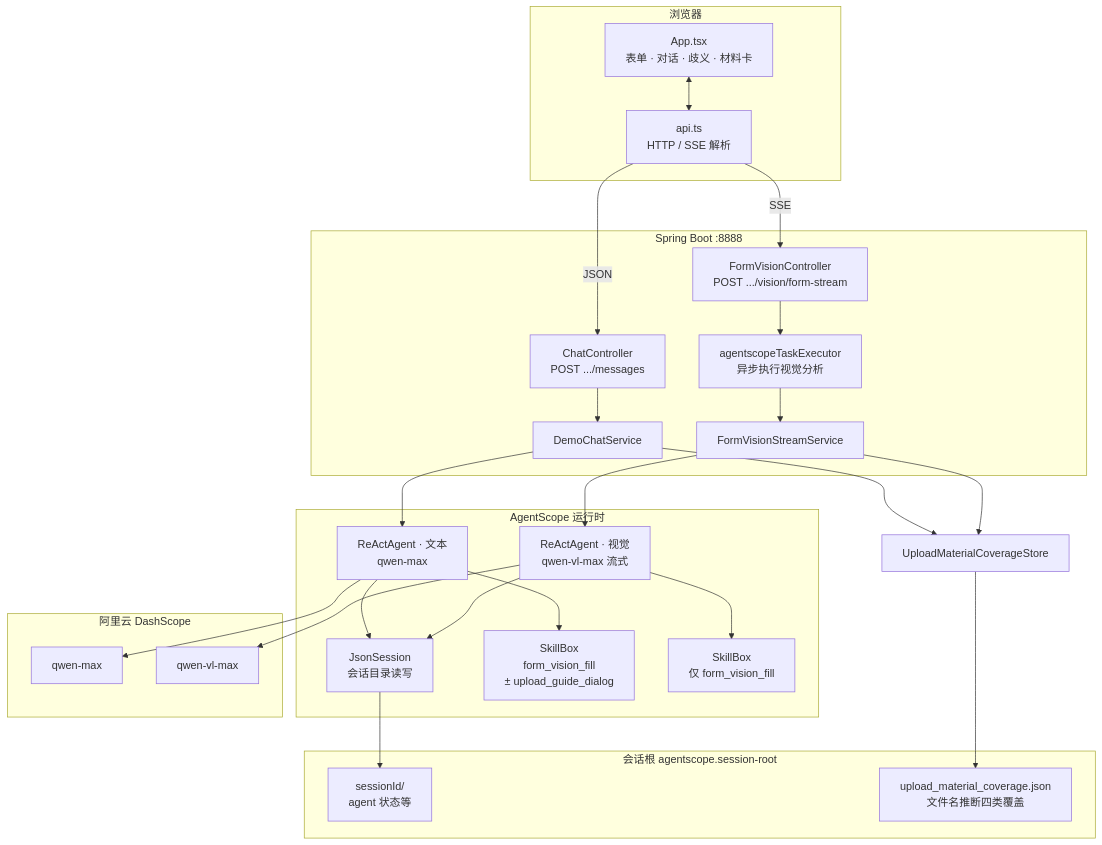
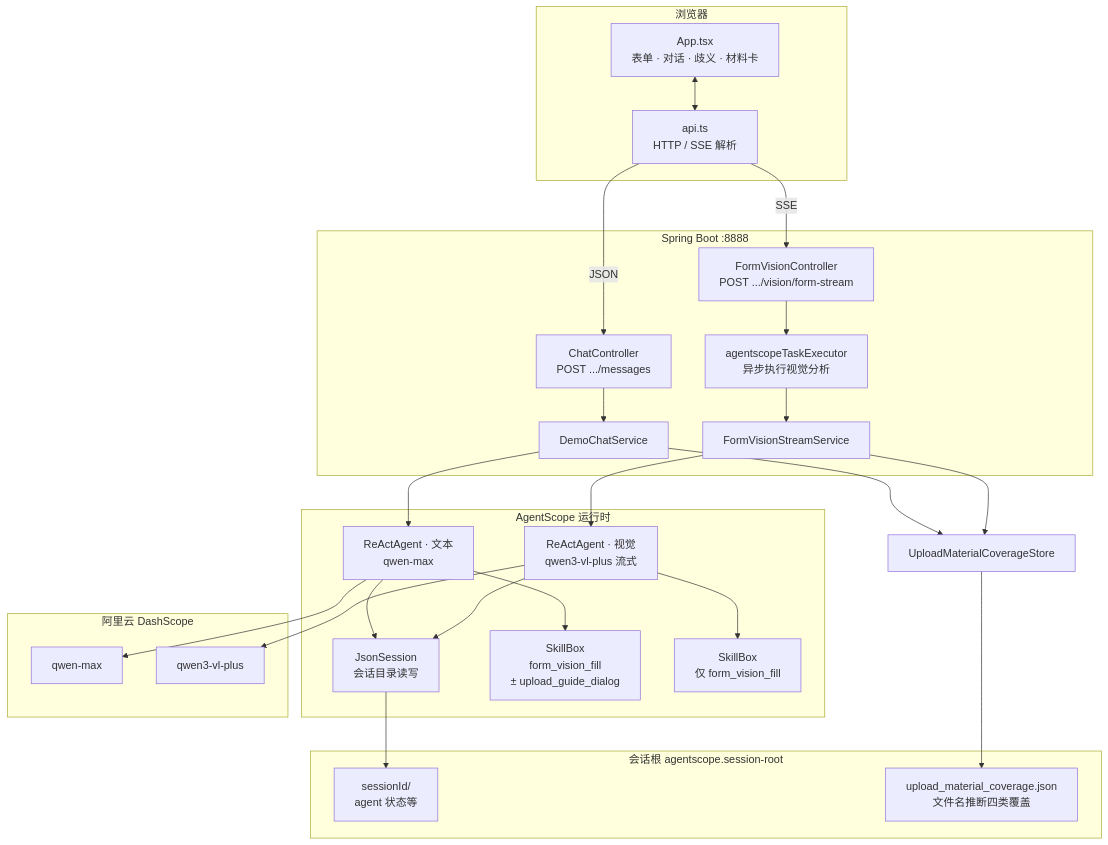
Before and after one commit to qjli/mutilmodel: the first of 5 diagrams in README.md, drawn with Mermaid. The commit also changed other lines of this file, not shown here.

````diff
--- a/README.md
+++ b/README.md
@@ -46,50 +47,50 @@
 ```mermaid
 flowchart TB
   subgraph Browser["浏览器"]
     UI["App.tsx\n表单 · 对话 · 歧义 · 材料卡"]
     FEAPI["api.ts\nHTTP / SSE 解析"]
     UI <--> FEAPI
   end
 
   subgraph Spring["Spring Boot :8888"]
     CH["ChatController\nPOST .../messages"]
     VH["FormVisionController\nPOST .../vision/form-stream"]
     Pool["agentscopeTaskExecutor\n异步执行视觉分析"]
     CH --> DCS["DemoChatService"]
     VH --> Pool
     Pool --> FVS["FormVisionStreamService"]
   end
 
   subgraph Agent["AgentScope 运行时"]
     JA["JsonSession\n会话目录读写"]
     AGc["ReActAgent · 文本\nqwen-max"]
-    AGv["ReActAgent · 视觉\nqwen-vl-max 流式"]
+    AGv["ReActAgent · 视觉\nqwen3-vl-plus 流式"]
     SBc["SkillBox\nform_vision_fill\n± upload_guide_dialog"]
     SBv["SkillBox\n仅 form_vision_fill"]
     AGc --> SBc
     AGv --> SBv
     AGc --> JA
     AGv --> JA
   end
 
   subgraph Cloud["阿里云 DashScope"]
     DS1["qwen-max"]
-    DS2["qwen-vl-max"]
+    DS2["qwen3-vl-plus"]
   end
 
   subgraph Disk["会话根 agentscope.session-root"]
     DIR["sessionId/\nagent 状态等"]
     COV["upload_material_coverage.json\n文件名推断四类覆盖"]
   end
 
   FEAPI -->|JSON| CH
   FEAPI -->|SSE| VH
   DCS --> AGc
   FVS --> AGv
   AGc --> DS1
   AGv --> DS2
   DCS --> Cov["UploadMaterialCoverageStore"]
   FVS --> Cov
   Cov --> COV
   JA --> DIR
 ```
````
